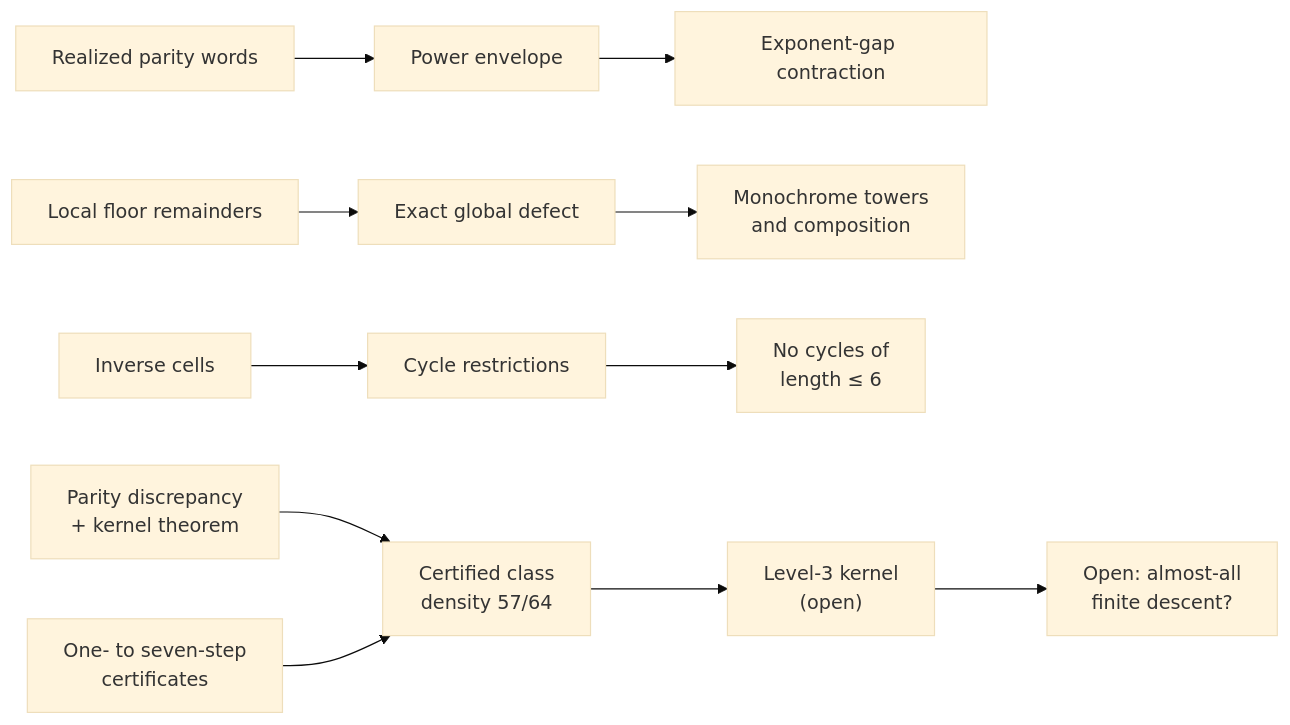
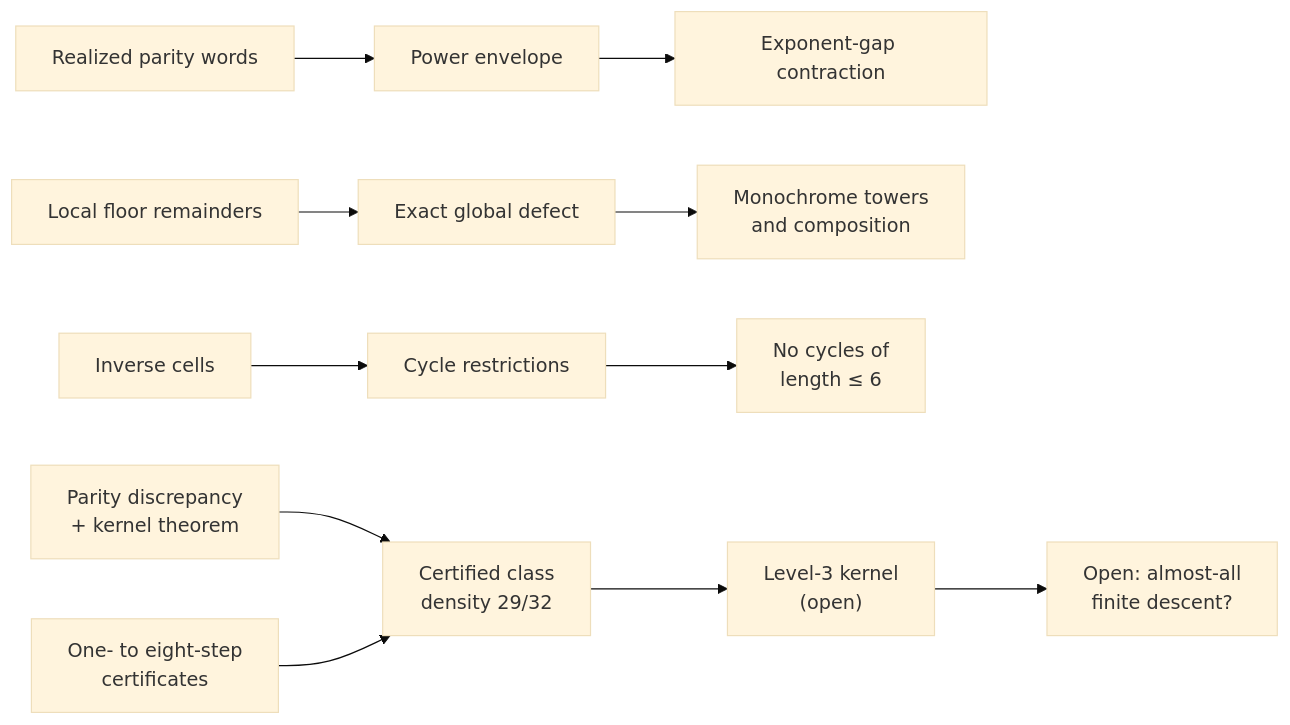
One commit to sneakyweasel/balanced_ternary changed the diagram in docs/theory/figures/juggler_frontier.mmd. Above: the diagram before and after it, drawn with Mermaid (base theme). The commit also changed 23 other files, not shown here.

```diff
--- a/docs/theory/figures/juggler_frontier.mmd
+++ b/docs/theory/figures/juggler_frontier.mmd
@@ -1,7 +1,7 @@
 flowchart LR
     Words["Realized parity words"] --> Envelope["Power envelope"] --> Contract["Exponent-gap contraction"]
     Remainders["Local floor remainders"] --> Defect["Exact global defect"] --> Towers["Monochrome towers<br/>and composition"]
     Cells["Inverse cells"] --> Cycles["Cycle restrictions"] --> Excluded["No cycles of<br/>length &le; 6"]
-    Discrepancy["Parity discrepancy<br/>+ kernel theorem"] --> Density["Certified class<br/>density 57/64"]
-    Certificates["One- to seven-step<br/>certificates"] --> Density
+    Discrepancy["Parity discrepancy<br/>+ kernel theorem"] --> Density["Certified class<br/>density 29/32"]
+    Certificates["One- to eight-step<br/>certificates"] --> Density
     Density --> Kernel["Level-3 kernel<br/>(open)"] --> Open["Open: almost-all<br/>finite descent?"]
```
